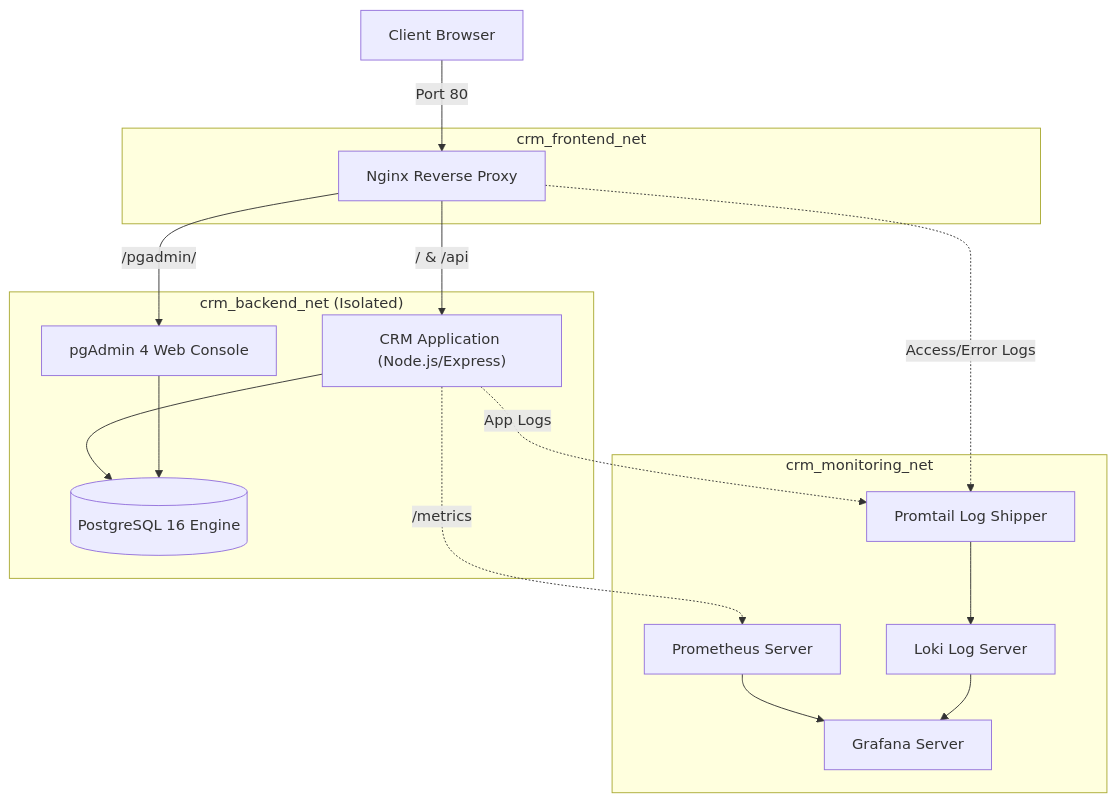
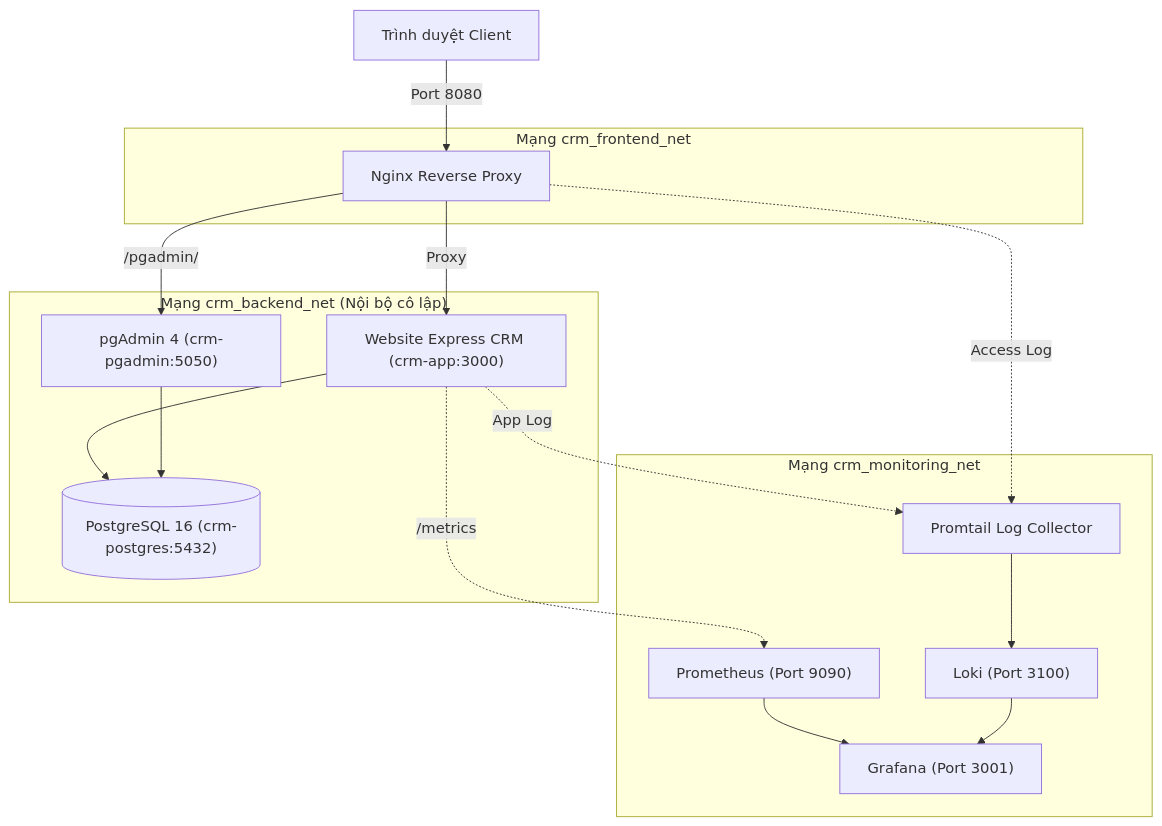
One commit to dtc245200344-ship-it/Trien-Khai-KTHP changed the diagram in BAO_CAO_KTHP_DE_4.md. Above: the diagram before and after it, drawn with Mermaid. The commit also changed other lines of this file and 18 other files, not shown here.

````diff
--- a/BAO_CAO_KTHP_DE_4.md
+++ b/BAO_CAO_KTHP_DE_4.md
@@ -73,34 +50,33 @@
 ```mermaid
 graph TD
-    Client["Client Browser"] -->|Port 80| Nginx["Nginx Reverse Proxy"]
+    Client["Trình duyệt Client"] -->|Port 8080| Nginx["Nginx Reverse Proxy"]
     
-    subgraph FrontendNet["crm_frontend_net"]
+    subgraph FrontendNet["Mạng crm_frontend_net"]
         Nginx
     end
 
-    subgraph BackendNet["crm_backend_net (Isolated)"]
-        CRM["CRM Application (Node.js/Express)"]
-        Postgres[("PostgreSQL 16 Engine")]
-        pgAdmin["pgAdmin 4 Web Console"]
+    subgraph BackendNet["Mạng crm_backend_net (Nội bộ cô lập)"]
+        CRM["Website Express CRM (crm-app:3000)"]
+        Postgres[("PostgreSQL 16 (crm-postgres:5432)")]
+        pgAdmin["pgAdmin 4 (crm-pgadmin:5050)"]
     end
 
-    subgraph MonitoringNet["crm_monitoring_net"]
-        Prometheus["Prometheus Server"]
-        Grafana["Grafana Server"]
-        Loki["Loki Log Server"]
-        Promtail["Promtail Log Shipper"]
+    subgraph MonitoringNet["Mạng crm_monitoring_net"]
+        Prometheus["Prometheus (Port 9090)"]
+        Grafana["Grafana (Port 3001)"]
+        Loki["Loki (Port 3100)"]
+        Promtail["Promtail Log Collector"]
     end
 
-    Nginx -->|/ & /api| CRM
+    Nginx -->|Proxy| CRM
     Nginx -->|/pgadmin/| pgAdmin
     CRM --> Postgres
     pgAdmin --> Postgres
 
     CRM -.->|/metrics| Prometheus
     Prometheus --> Grafana
-    
-    CRM -.->|App Logs| Promtail
-    Nginx -.->|Access/Error Logs| Promtail
+    Nginx -.->|Access Log| Promtail
+    CRM -.->|App Log| Promtail
     Promtail --> Loki
     Loki --> Grafana
 ```
````
